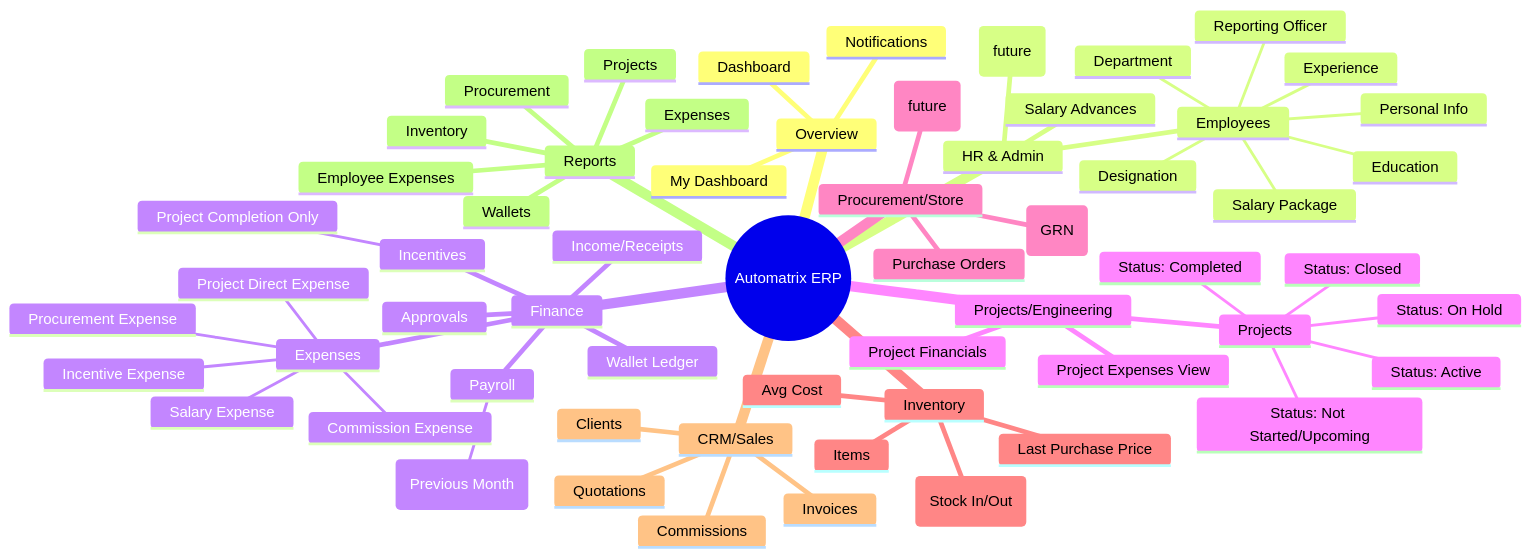
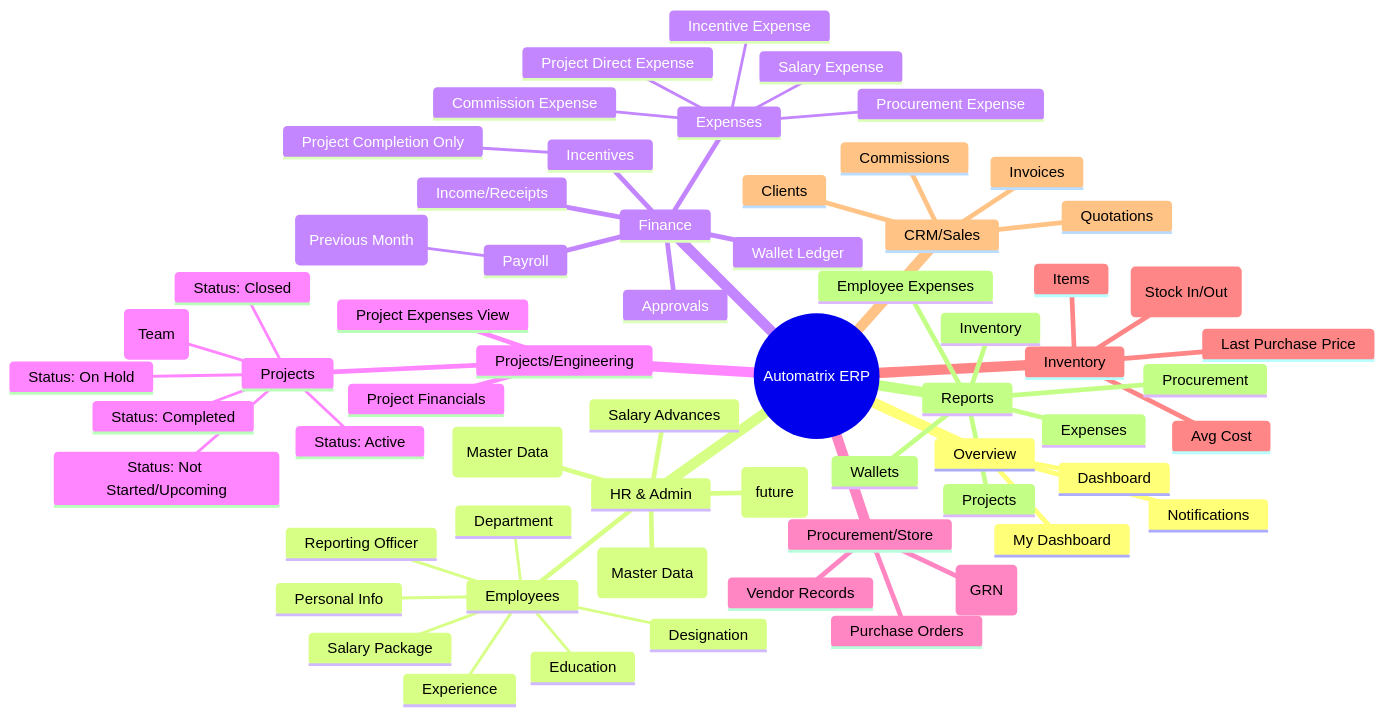
The first of 2 diagrams in docs/ERP_DIAGRAMS.md (raohassandev/Automatrix-ERP), drawn with Mermaid before and after one commit. The commit also changed 66 other files, not shown here.

````diff
--- a/docs/ERP_DIAGRAMS.md
+++ b/docs/ERP_DIAGRAMS.md
@@ -7,63 +7,66 @@
 ```mermaid
 mindmap
   root((Automatrix ERP))
     Overview
       Dashboard
       My Dashboard
       Notifications
     HR & Admin
       Employees
         Personal Info
         Education
         Experience
         Department
         Designation
         Reporting Officer
         Salary Package
+      Departments (Master Data)
+      Designations (Master Data)
       Salary Advances
       Roles & Permissions (future)
     Finance
       Expenses
         Salary Expense
         Incentive Expense
         Commission Expense
         Procurement Expense
         Project Direct Expense
       Payroll
         Monthly (Previous Month)
       Incentives
         Project Completion Only
       Wallet Ledger
       Income/Receipts
       Approvals
     Projects/Engineering
       Projects
+        Assignments (Team)
         Status: Not Started/Upcoming
         Status: Active
         Status: On Hold
         Status: Completed
         Status: Closed
       Project Financials
       Project Expenses View
     Procurement/Store
       Purchase Orders
       Goods Receipts (GRN)
-      Vendor Records (future)
+      Vendor Records
     Inventory
       Items
       Ledger (Stock In/Out)
       Last Purchase Price
       Avg Cost
     CRM/Sales
       Clients
       Quotations
       Invoices
       Commissions
     Reports
       Expenses
       Inventory
       Wallets
       Projects
       Procurement
       Employee Expenses
 ```
````
